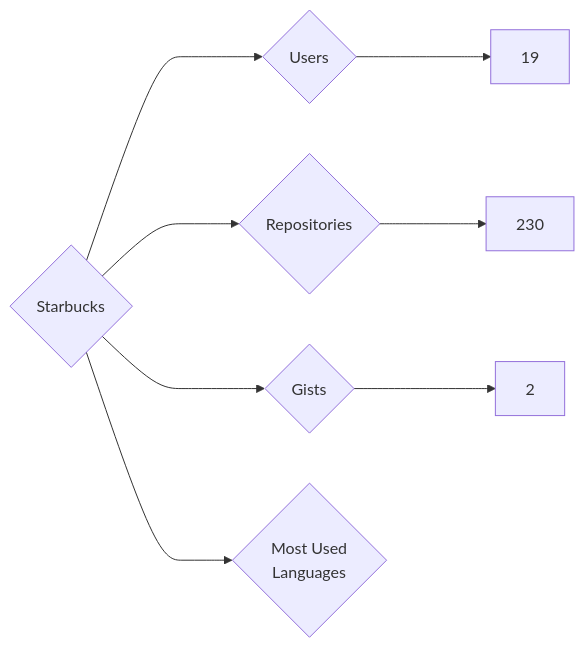
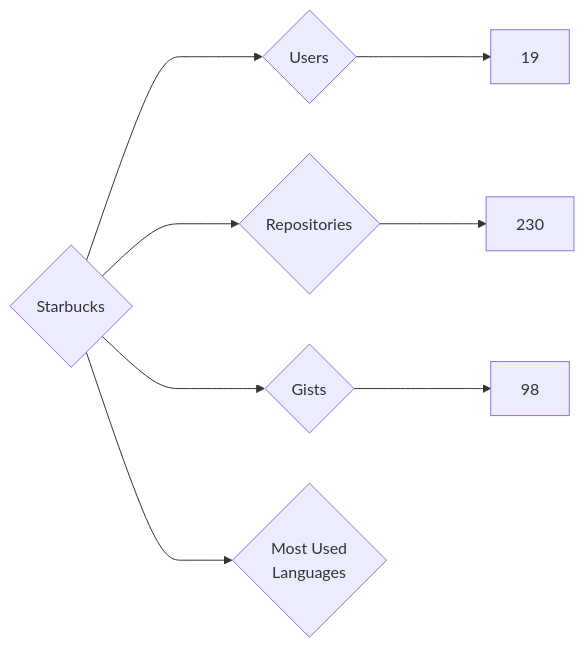
Before and after one commit to nenadzaric/insiders: the diagram in targets/Starbucks/README.md, drawn with Mermaid. The commit also changed 1342 other files, not shown here.

````diff
--- a/targets/Starbucks/README.md
+++ b/targets/Starbucks/README.md
@@ -3,8 +3,8 @@
 ```mermaid
 graph LR
 COMPANY_NAME{Starbucks}
 COMPANY_NAME ---> U{Users} ---> UN[19]
 COMPANY_NAME ---> R{Repositories} ---> RN[230]
-COMPANY_NAME ---> G{Gists} ---> GN[2]
+COMPANY_NAME ---> G{Gists} ---> GN[98]
 COMPANY_NAME ---> ML{Most Used<br>Languages}
 ```
````
